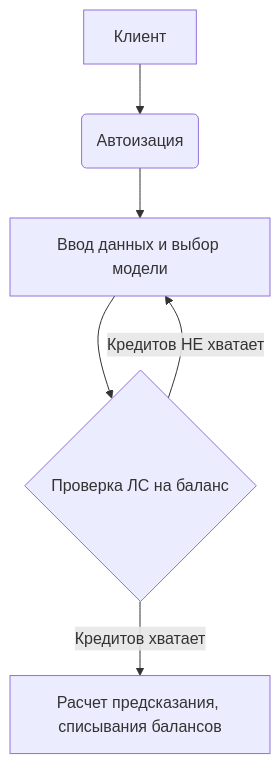
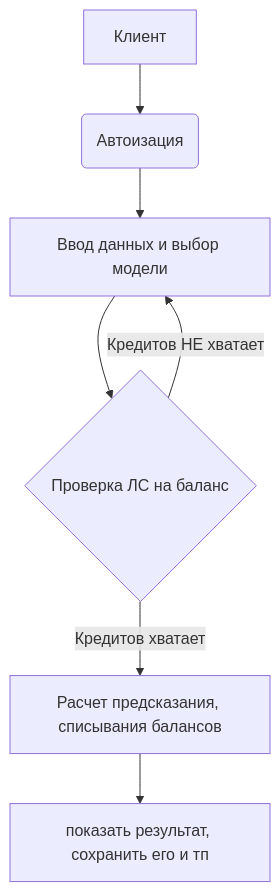
One commit to yanchick/Practice-ML-DEV changed the first of 2 diagrams in slides/Lecture1/app.md. Above: the diagram before and after it, drawn with Mermaid. The commit also changed 4 other files, not shown here.

````diff
--- a/slides/Lecture1/app.md
+++ b/slides/Lecture1/app.md
@@ -1,10 +1,9 @@
 ```mermaid
 graph TD
   Client[ Клиент ] --> Auth(Автоизация)
   Auth --> Inputer[ Ввод данных и выбор модели ]
   Inputer --> Billing{ Проверка ЛС на баланс}
   Billing -->| Кредитов хватает | Predict[ Расчет предсказания, списывания балансов ]
   Billing -->| Кредитов НЕ хватает | Inputer
-
-
+  Predict --> Dash[ показать результат, сохранить его и тп]
 ```
````
